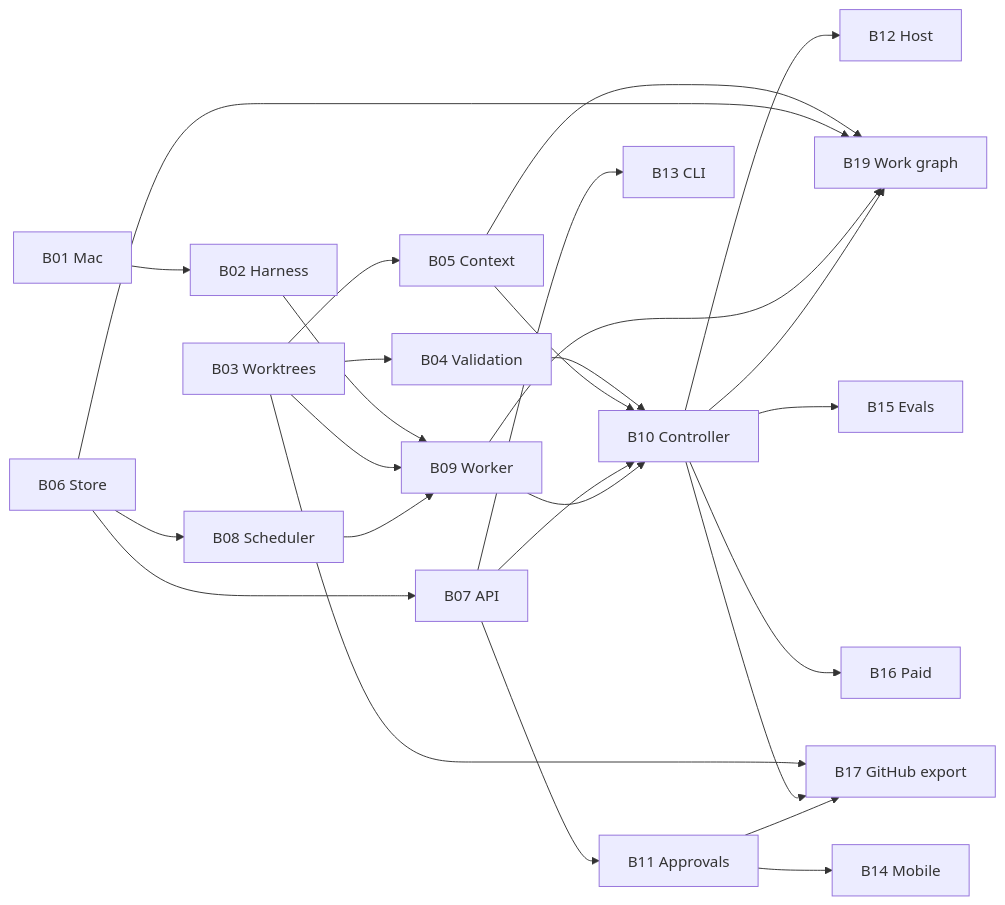
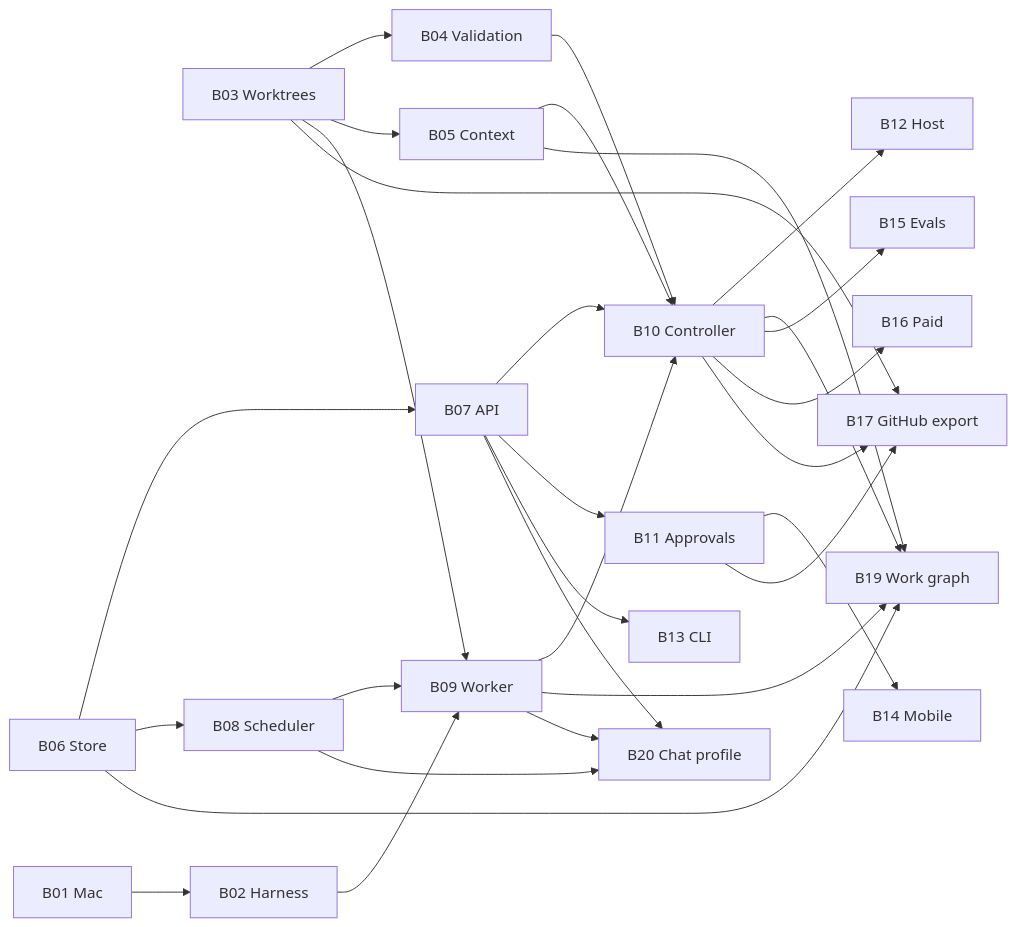
One commit to MajestaNet/two changed the diagram in docs/backlog/README.md. Above: the diagram before and after it, drawn with Mermaid. The commit also changed other lines of this file and 7 other files, not shown here.

First line of the commit message:
docs: specify the chat profile resume slice (#61)

````diff
--- a/docs/backlog/README.md
+++ b/docs/backlog/README.md
@@ -77,46 +83,50 @@
 ```mermaid
 flowchart LR
   B01[B01 Mac]
   B03[B03 Worktrees]
   B06[B06 Store]
   B02[B02 Harness]
   B04[B04 Validation]
   B05[B05 Context]
   B07[B07 API]
   B08[B08 Scheduler]
   B09[B09 Worker]
   B10[B10 Controller]
   B11[B11 Approvals]
   B13[B13 CLI]
   B12[B12 Host]
   B19[B19 Work graph]
+  B20[B20 Chat profile]
   B14[B14 Mobile]
   B15[B15 Evals]
   B16[B16 Paid]
   B17[B17 GitHub export]
   B01 --> B02
   B03 --> B04
   B03 --> B05
   B06 --> B07
   B06 --> B08
   B02 --> B09
   B03 --> B09
   B08 --> B09
   B04 --> B10
   B05 --> B10
   B07 --> B10
   B09 --> B10
   B07 --> B11
   B10 --> B12
   B07 --> B13
   B05 --> B19
   B06 --> B19
   B09 --> B19
   B10 --> B19
+  B07 --> B20
+  B08 --> B20
+  B09 --> B20
   B11 --> B14
   B10 --> B15
   B10 --> B16
   B03 --> B17
   B10 --> B17
   B11 --> B17
 ```
````
